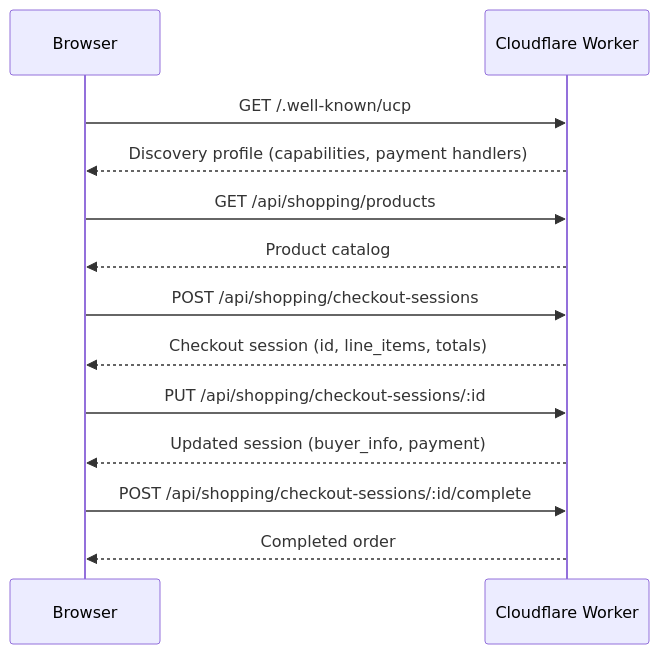
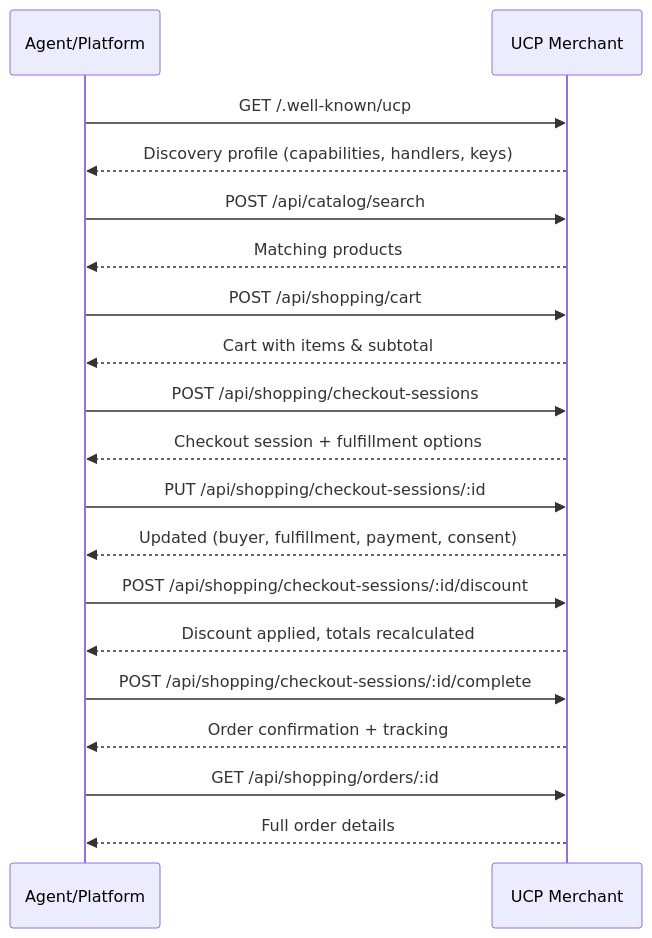
Before and after one commit to hemanth/ucp-demo: the second of 2 diagrams in README.md, drawn with Mermaid. The commit also changed other lines of this file and 11 other files, not shown here.

````diff
--- a/README.md
+++ b/README.md
@@ -37,20 +46,29 @@
 ```mermaid
 sequenceDiagram
-    participant B as Browser
-    participant API as Cloudflare Worker
+    participant A as Agent/Platform
+    participant API as UCP Merchant
 
-    B->>API: GET /.well-known/ucp
-    API-->>B: Discovery profile (capabilities, payment handlers)
+    A->>API: GET /.well-known/ucp
+    API-->>A: Discovery profile (capabilities, handlers, keys)
 
-    B->>API: GET /api/shopping/products
-    API-->>B: Product catalog
+    A->>API: POST /api/catalog/search
+    API-->>A: Matching products
 
-    B->>API: POST /api/shopping/checkout-sessions
-    API-->>B: Checkout session (id, line_items, totals)
+    A->>API: POST /api/shopping/cart
+    API-->>A: Cart with items & subtotal
 
-    B->>API: PUT /api/shopping/checkout-sessions/:id
-    API-->>B: Updated session (buyer_info, payment)
+    A->>API: POST /api/shopping/checkout-sessions
+    API-->>A: Checkout session + fulfillment options
 
-    B->>API: POST /api/shopping/checkout-sessions/:id/complete
-    API-->>B: Completed order
+    A->>API: PUT /api/shopping/checkout-sessions/:id
+    API-->>A: Updated (buyer, fulfillment, payment, consent)
+
+    A->>API: POST /api/shopping/checkout-sessions/:id/discount
+    API-->>A: Discount applied, totals recalculated
+
+    A->>API: POST /api/shopping/checkout-sessions/:id/complete
+    API-->>A: Order confirmation + tracking
+
+    A->>API: GET /api/shopping/orders/:id
+    API-->>A: Full order details
 ```
````
